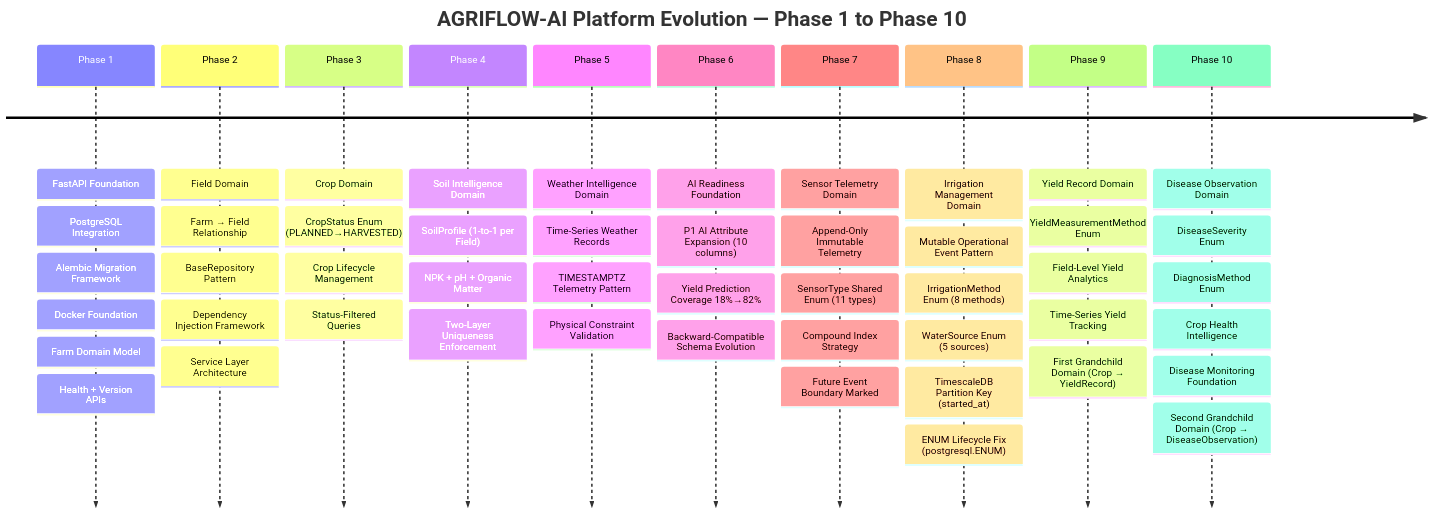
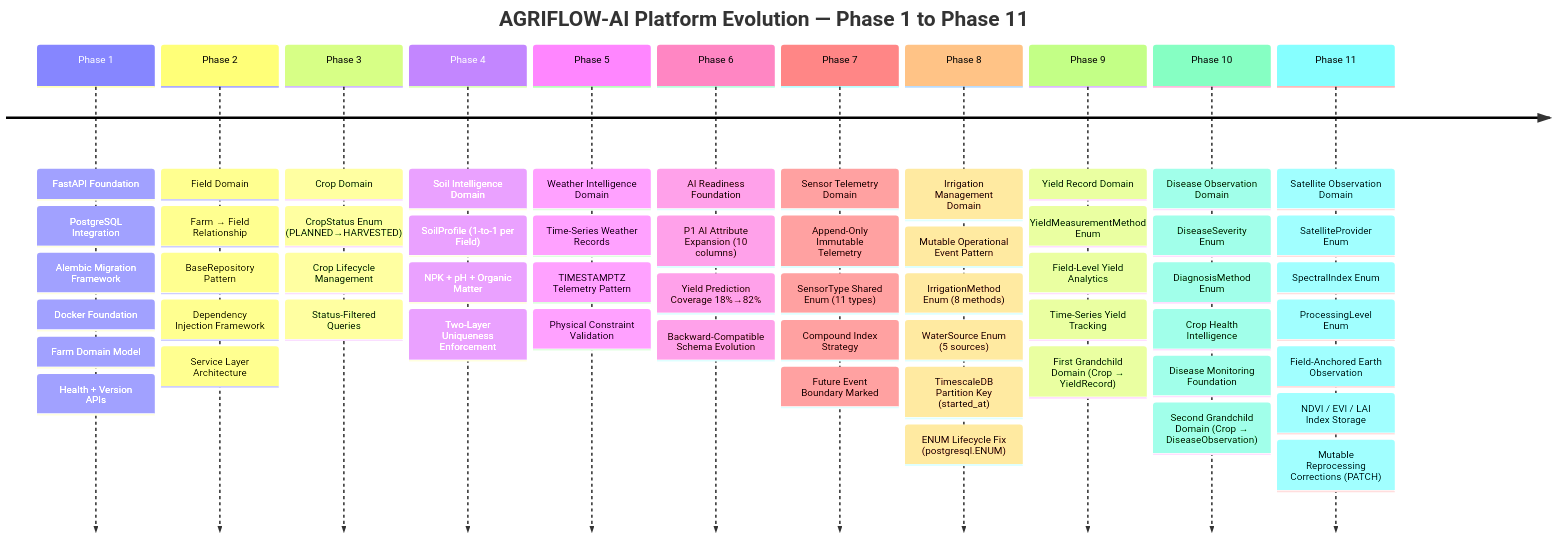
Before and after one commit to santoshnarayanan/AGRIFLOW-AI: the first of 19 diagrams in docs/09-architecture-diagrams.md, drawn with Mermaid. The commit also changed other lines of this file and 7 other files, not shown here.

````diff
--- a/docs/09-architecture-diagrams.md
+++ b/docs/09-architecture-diagrams.md
@@ -44,53 +44,60 @@
 ```mermaid
 timeline
-    title AGRIFLOW-AI Platform Evolution — Phase 1 to Phase 10
+    title AGRIFLOW-AI Platform Evolution — Phase 1 to Phase 11
     Phase 1 : FastAPI Foundation
             : PostgreSQL Integration
             : Alembic Migration Framework
             : Docker Foundation
             : Farm Domain Model
             : Health + Version APIs
     Phase 2 : Field Domain
             : Farm → Field Relationship
             : BaseRepository Pattern
             : Dependency Injection Framework
             : Service Layer Architecture
     Phase 3 : Crop Domain
             : CropStatus Enum (PLANNED→HARVESTED)
             : Crop Lifecycle Management
             : Status-Filtered Queries
     Phase 4 : Soil Intelligence Domain
             : SoilProfile (1-to-1 per Field)
             : NPK + pH + Organic Matter
             : Two-Layer Uniqueness Enforcement
     Phase 5 : Weather Intelligence Domain
             : Time-Series Weather Records
             : TIMESTAMPTZ Telemetry Pattern
             : Physical Constraint Validation
     Phase 6 : AI Readiness Foundation
             : P1 AI Attribute Expansion (10 columns)
             : Yield Prediction Coverage 18%→82%
             : Backward-Compatible Schema Evolution
     Phase 7 : Sensor Telemetry Domain
             : Append-Only Immutable Telemetry
             : SensorType Shared Enum (11 types)
             : Compound Index Strategy
             : Future Event Boundary Marked
     Phase 8 : Irrigation Management Domain
             : Mutable Operational Event Pattern
             : IrrigationMethod Enum (8 methods)
             : WaterSource Enum (5 sources)
             : TimescaleDB Partition Key (started_at)
             : ENUM Lifecycle Fix (postgresql.ENUM)
     Phase 9 : Yield Record Domain
             : YieldMeasurementMethod Enum
             : Field-Level Yield Analytics
             : Time-Series Yield Tracking
             : First Grandchild Domain (Crop → YieldRecord)
     Phase 10 : Disease Observation Domain
             : DiseaseSeverity Enum
             : DiagnosisMethod Enum
             : Crop Health Intelligence
             : Disease Monitoring Foundation
             : Second Grandchild Domain (Crop → DiseaseObservation)
+    Phase 11 : Satellite Observation Domain
+            : SatelliteProvider Enum
+            : SpectralIndex Enum
+            : ProcessingLevel Enum
+            : Field-Anchored Earth Observation
+            : NDVI / EVI / LAI Index Storage
+            : Mutable Reprocessing Corrections (PATCH)
 ```
````
